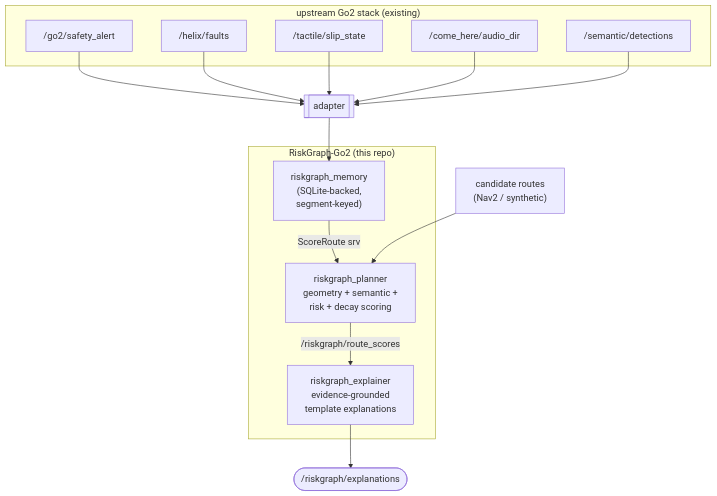
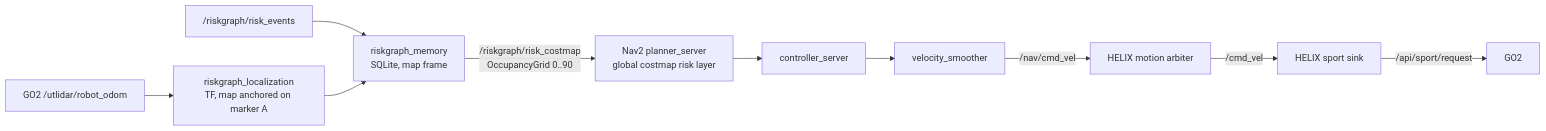
Before and after one commit to yusufdxb/riskgraph-go2: the diagram in README.md, drawn with Mermaid. The commit also changed other lines of this file and 21 other files, not shown here.

First line of the commit message:
fix(nav): clean runner exit; docs: live runbook, validation, architecture for v0.2.0

````diff
--- a/README.md
+++ b/README.md
@@ -60,33 +53,10 @@
 ```mermaid
-graph TD
-    subgraph upstream["upstream Go2 stack (existing)"]
-        T1["/go2/safety_alert"]
-        T2["/helix/faults"]
-        T3["/tactile/slip_state"]
-        T4["/come_here/audio_dir"]
-        T5["/semantic/detections"]
-    end
-
-    ADP[["adapter"]]
-
-    subgraph riskgraph["RiskGraph-Go2 (this repo)"]
-        MEM["riskgraph_memory<br/>(SQLite-backed,<br/>segment-keyed)"]
-        PLN["riskgraph_planner<br/>geometry + semantic +<br/>risk + decay scoring"]
-        EXP["riskgraph_explainer<br/>evidence-grounded<br/>template explanations"]
-    end
-
-    ROUTES["candidate routes<br/>(Nav2 / synthetic)"]
-    OUT(["/riskgraph/explanations"])
-
-    T1 --> ADP
-    T2 --> ADP
-    T3 --> ADP
-    T4 --> ADP
-    T5 --> ADP
-    ADP --> MEM
-
-    MEM -- "ScoreRoute srv" --> PLN
-    ROUTES --> PLN
-    PLN -- "/riskgraph/route_scores" --> EXP
-    EXP --> OUT
+flowchart LR
+  ODOM["GO2 /utlidar/robot_odom"] --> LOC["riskgraph_localization<br/>TF, map anchored on marker A"]
+  EV["/riskgraph/risk_events"] --> MEM["riskgraph_memory<br/>SQLite, map frame"]
+  LOC --> MEM
+  MEM -- "/riskgraph/risk_costmap<br/>OccupancyGrid 0..90" --> NAV["Nav2 planner_server<br/>global costmap risk layer"]
+  NAV --> CTRL["controller_server"] --> VS["velocity_smoother"]
+  VS -- "/nav/cmd_vel" --> ARB["HELIX motion arbiter"]
+  ARB -- "/cmd_vel" --> SINK["HELIX sport sink"] -- "/api/sport/request" --> GO2["GO2"]
 ```
````
